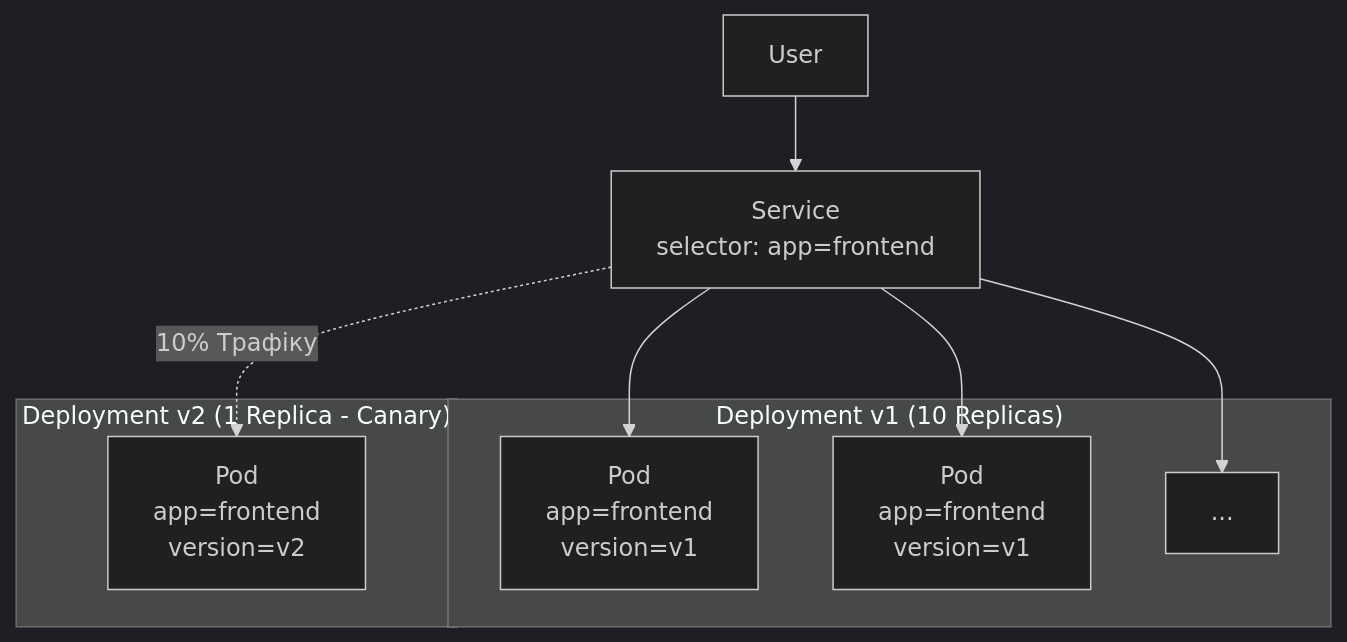
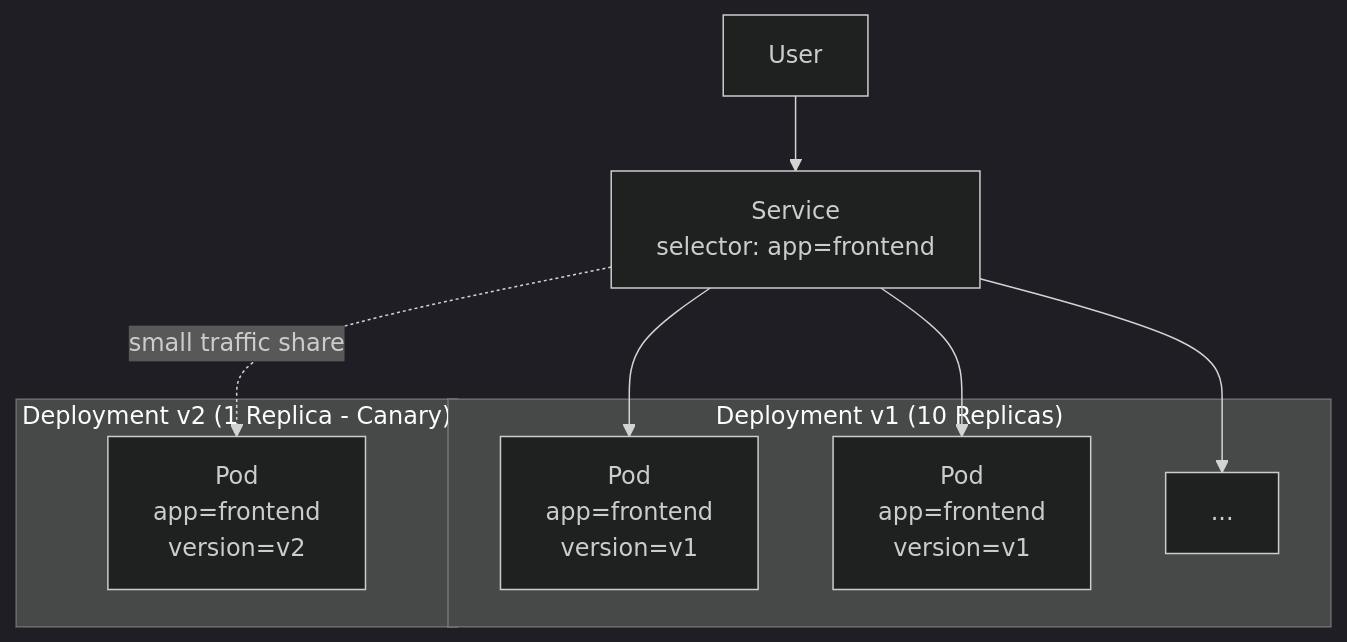
The second of 2 diagrams in src/content/docs/uk/prerequisites/kubernetes-basics/module-1.7-namespaces-labels.md (kube-dojo/kube-dojo), drawn with Mermaid (dark theme) before and after one commit. The commit also changed other lines of this file and 7 other files, not shown here.

````diff
--- a/src/content/docs/uk/prerequisites/kubernetes-basics/module-1.7-namespaces-labels.md
+++ b/src/content/docs/uk/prerequisites/kubernetes-basics/module-1.7-namespaces-labels.md
@@ -249,19 +263,19 @@
 ```mermaid
 graph TD
-    User-->SVC[Service\nselector: app=frontend]
-    
+    User-->SVC["Service<br>selector: app=frontend"]
+
     subgraph "Deployment v1 (10 Replicas)"
-        P1[Pod\napp=frontend\nversion=v1]
-        P2[Pod\napp=frontend\nversion=v1]
-        P3[...]
+        P1["Pod<br>app=frontend<br>version=v1"]
+        P2["Pod<br>app=frontend<br>version=v1"]
+        P3["..."]
     end
-    
+
     subgraph "Deployment v2 (1 Replica - Canary)"
-        P4[Pod\napp=frontend\nversion=v2]
+        P4["Pod<br>app=frontend<br>version=v2"]
     end
-    
+
     SVC-->P1
     SVC-->P2
     SVC-->P3
-    SVC-. "10% Трафіку" .->P4
+    SVC-. "small traffic share" .->P4
 ```
````
